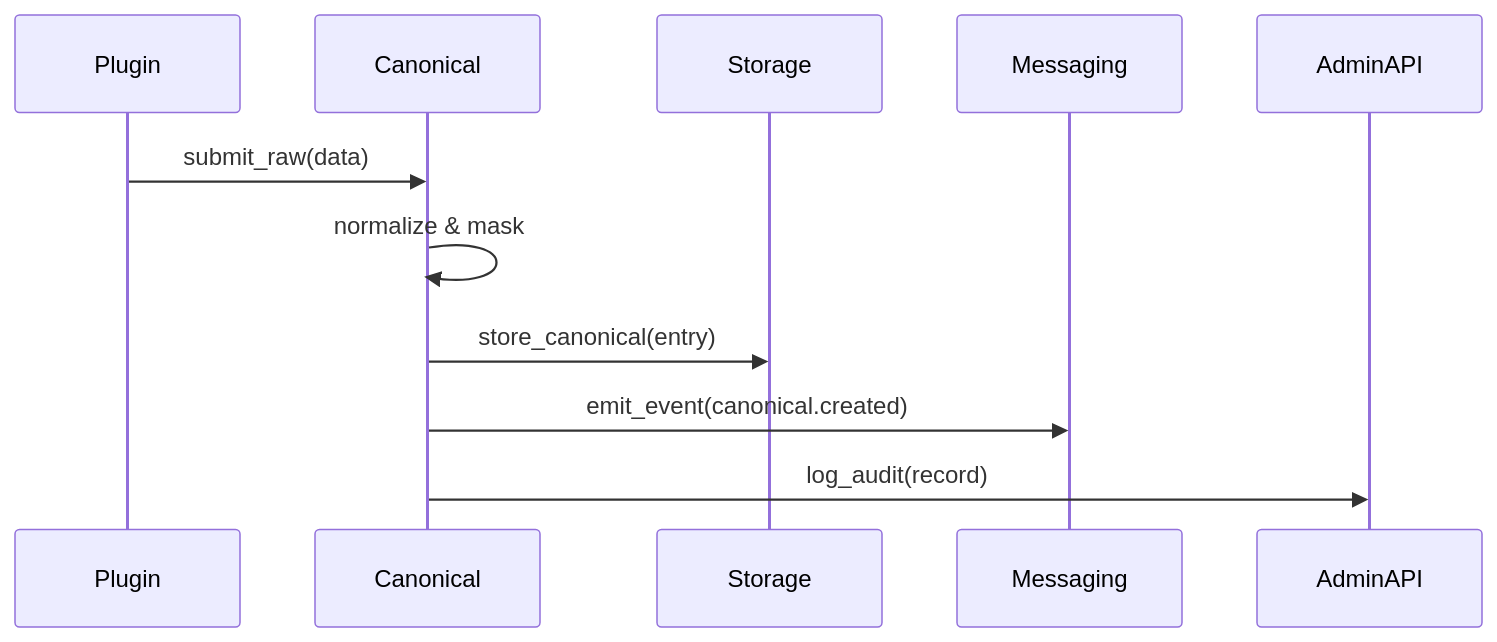
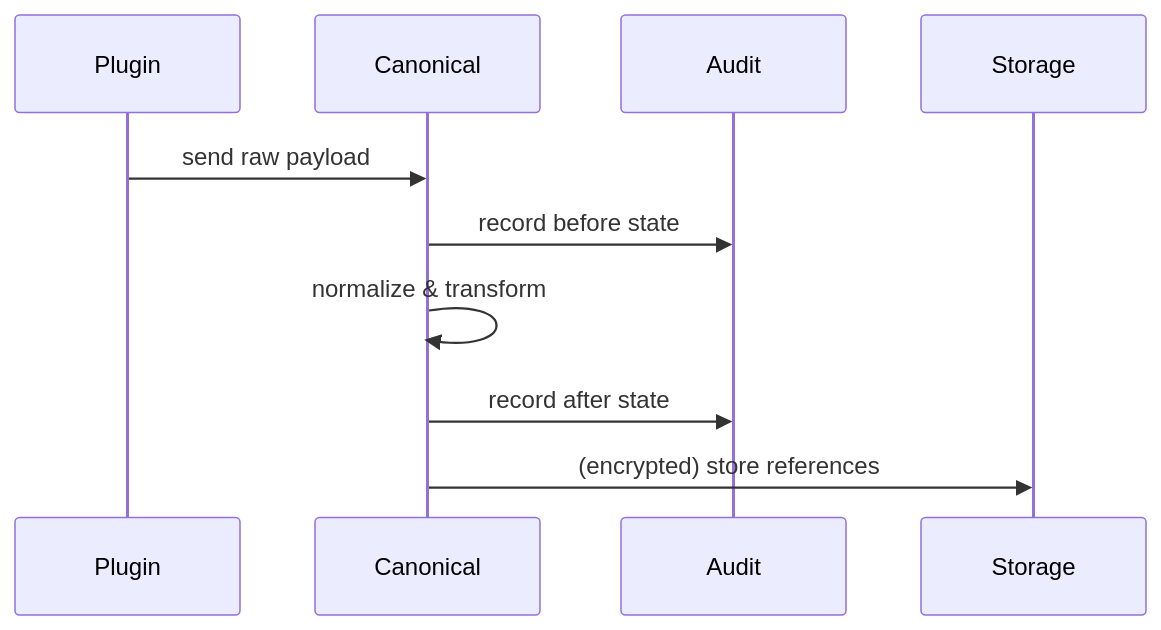
The diagram in docs/docs/core/canonical.md (DMontgomery40/vivified), drawn with Mermaid before and after one commit. The commit also changed other lines of this file and 12 other files, not shown here.

````diff
--- a/docs/docs/core/canonical.md
+++ b/docs/docs/core/canonical.md
@@ -50,8 +83,12 @@
 ```mermaid
 sequenceDiagram
-  Plugin->>Canonical: submit_raw(data)
-  Canonical->>Canonical: normalize & mask
-  Canonical->>Storage: store_canonical(entry)
-  Canonical->>Messaging: emit_event(canonical.created)
-  Canonical->>AdminAPI: log_audit(record)
+  participant Plugin
+  participant Canonical
+  participant Audit
+
+  Plugin->>Canonical: send raw payload
+  Canonical->>Audit: record before state
+  Canonical->>Canonical: normalize & transform
+  Canonical->>Audit: record after state
+  Canonical->>Storage: (encrypted) store references
 ```
````
